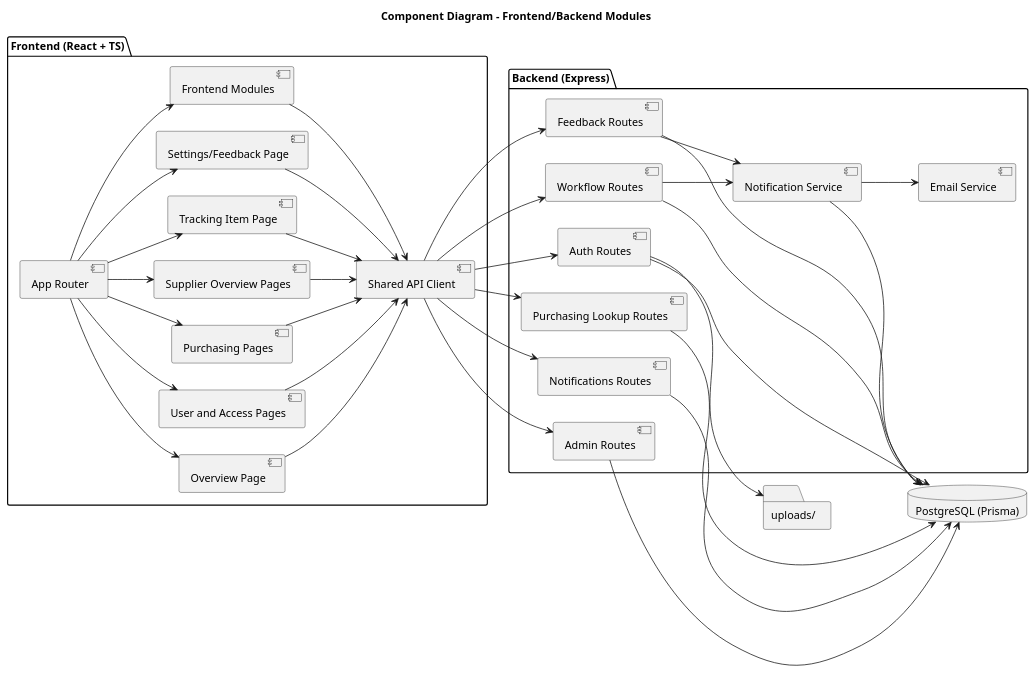
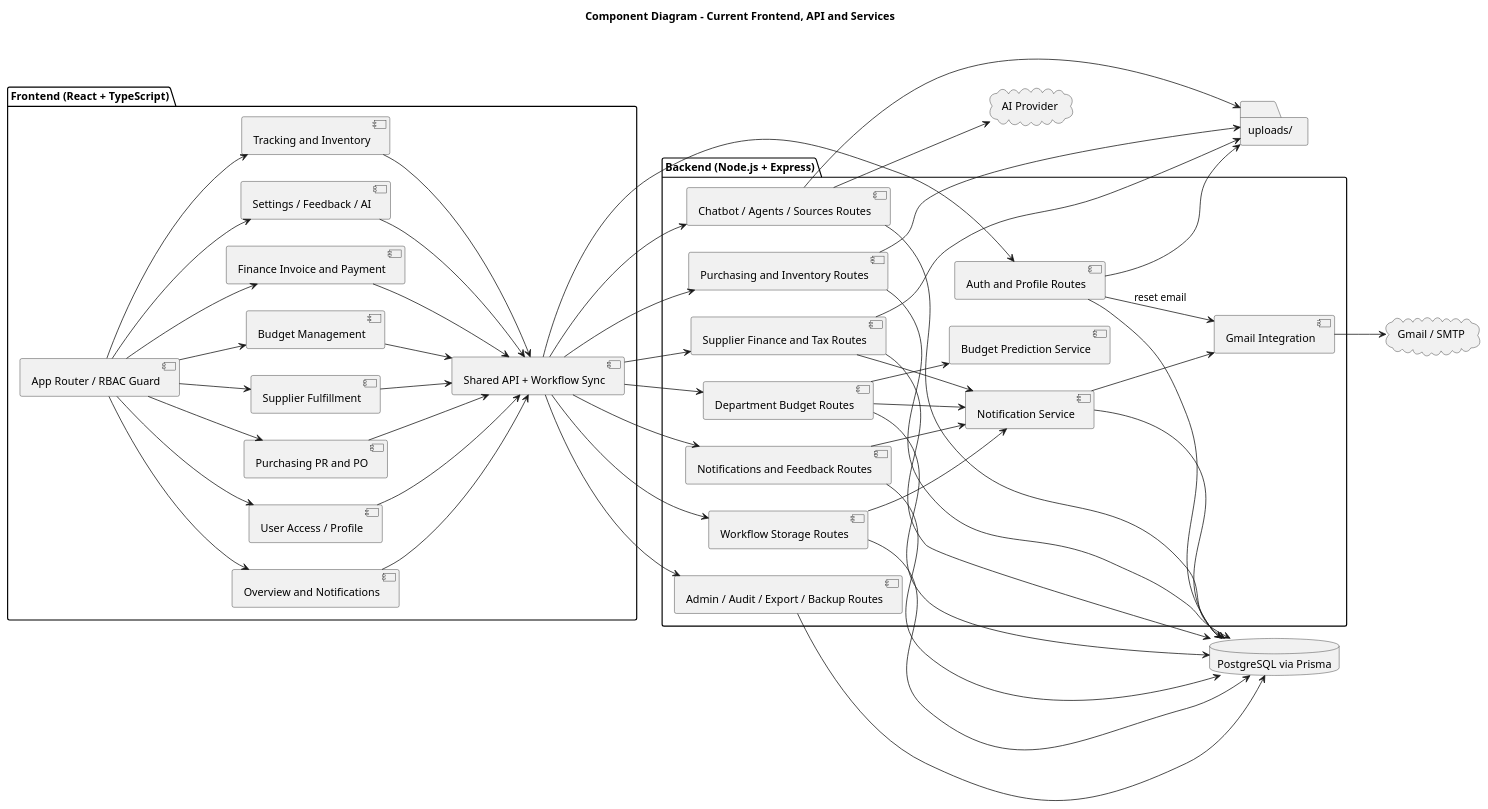
One commit to MoeyChingWei/FYP-MoeyChingWei changed the diagram in Diagram/component-system.puml. Above: the diagram before and after it, drawn with PlantUML. The commit also changed 47 other files, not shown here.

Commit message:
Update for diagram

```diff
--- a/Diagram/component-system.puml
+++ b/Diagram/component-system.puml
@@ -1,66 +1,85 @@
 @startuml
-title Component Diagram - Frontend/Backend Modules
+title Component Diagram - Current Frontend, API and Services
 left to right direction
 
-package "Frontend (React + TS)" {
-  [App Router]
-  [Overview Page]
-  [User and Access Pages]
-  [Purchasing Pages]
-  [Supplier Overview Pages]
-  [Tracking Item Page]
-  [Settings/Feedback Page]
-  [Frontend Modules]
-  [Shared API Client]
+package "Frontend (React + TypeScript)" {
+  [App Router / RBAC Guard] as Router
+  [Overview and Notifications] as Overview
+  [User Access / Profile] as Access
+  [Purchasing PR and PO] as Purchasing
+  [Supplier Fulfillment] as Fulfillment
+  [Budget Management] as Budget
+  [Finance Invoice and Payment] as Finance
+  [Settings / Feedback / AI] as Settings
+  [Tracking and Inventory] as Tracking
+  [Shared API + Workflow Sync] as Client
 }
 
-package "Backend (Express)" {
-  [Auth Routes]
-  [Workflow Routes]
-  [Purchasing Lookup Routes]
-  [Notifications Routes]
-  [Feedback Routes]
-  [Admin Routes]
-  [Notification Service]
-  [Email Service]
+package "Backend (Node.js + Express)" {
+  [Auth and Profile Routes] as Auth
+  [Workflow Storage Routes] as Workflow
+  [Purchasing and Inventory Routes] as PurchasingApi
+  [Supplier Finance and Tax Routes] as SupplierFinance
+  [Department Budget Routes] as BudgetApi
+  [Notifications and Feedback Routes] as SharedApi
+  [Admin / Audit / Export / Backup Routes] as AdminApi
+  [Chatbot / Agents / Sources Routes] as AiApi
+  [Gmail Integration] as Gmail
+  [Notification Service] as NotificationService
+  [Budget Prediction Service] as PredictionService
 }
 
-database "PostgreSQL (Prisma)" as DB
-folder "uploads/" as UP
+database "PostgreSQL via Prisma" as DB
+folder "uploads/" as Uploads
+cloud "Gmail / SMTP" as Mail
+cloud "AI Provider" as AI
 
-[App Router] --> [Overview Page]
-[App Router] --> [User and Access Pages]
-[App Router] --> [Purchasing Pages]
-[App Router] --> [Supplier Overview Pages]
-[App Router] --> [Tracking Item Page]
-[App Router] --> [Settings/Feedback Page]
-[App Router] --> [Frontend Modules]
+Router --> Overview
+Router --> Access
+Router --> Purchasing
+Router --> Fulfillment
+Router --> Budget
+Router --> Finance
+Router --> Settings
+Router --> Tracking
+Overview --> Client
+Access --> Client
+Purchasing --> Client
+Fulfillment --> Client
+Budget --> Client
+Finance --> Client
+Settings --> Client
+Tracking --> Client
 
-[Overview Page] --> [Shared API Client]
-[User and Access Pages] --> [Shared API Client]
-[Purchasing Pages] --> [Shared API Client]
-[Supplier Overview Pages] --> [Shared API Client]
-[Tracking Item Page] --> [Shared API Client]
-[Settings/Feedback Page] --> [Shared API Client]
-[Frontend Modules] --> [Shared API Client]
+Client --> Auth
+Client --> Workflow
+Client --> PurchasingApi
+Client --> SupplierFinance
+Client --> BudgetApi
+Client --> SharedApi
+Client --> AdminApi
+Client --> AiApi
 
-[Shared API Client] --> [Auth Routes]
-[Shared API Client] --> [Workflow Routes]
-[Shared API Client] --> [Purchasing Lookup Routes]
-[Shared API Client] --> [Notifications Routes]
-[Shared API Client] --> [Feedback Routes]
-[Shared API Client] --> [Admin Routes]
-
-[Auth Routes] --> DB
-[Auth Routes] --> UP
-[Workflow Routes] --> DB
-[Purchasing Lookup Routes] --> DB
-[Workflow Routes] --> [Notification Service]
-[Notifications Routes] --> DB
-[Feedback Routes] --> DB
-[Feedback Routes] --> [Notification Service]
-[Admin Routes] --> DB
-[Notification Service] --> DB
-[Notification Service] --> [Email Service]
-
+Auth --> DB
+Auth --> Uploads
+Workflow --> DB
+PurchasingApi --> DB
+PurchasingApi --> Uploads
+SupplierFinance --> DB
+SupplierFinance --> Uploads
+BudgetApi --> DB
+BudgetApi --> PredictionService
+SharedApi --> DB
+AdminApi --> DB
+AiApi --> DB
+AiApi --> Uploads
+Workflow --> NotificationService
+BudgetApi --> NotificationService
+SupplierFinance --> NotificationService
+SharedApi --> NotificationService
+NotificationService --> DB
+NotificationService --> Gmail
+Auth --> Gmail : reset email
+AiApi --> AI
+Gmail --> Mail
 @enduml
```
